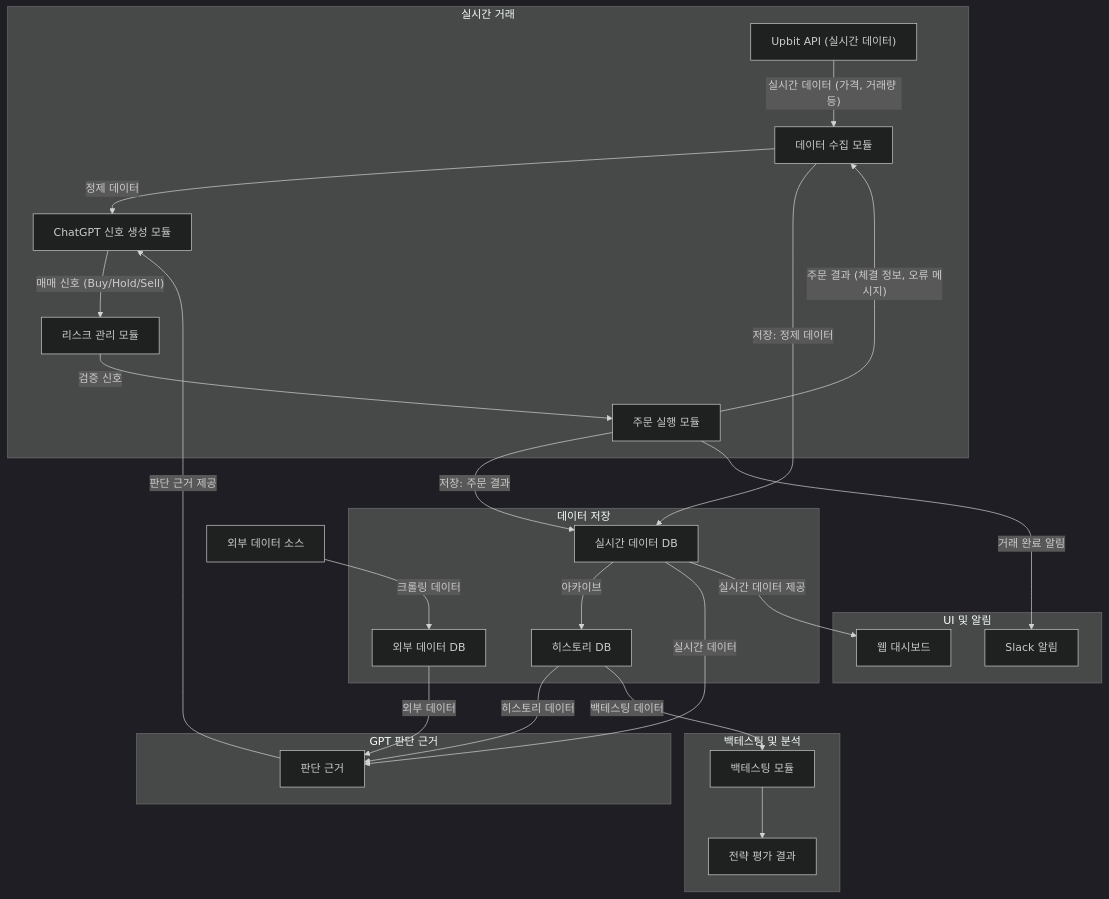
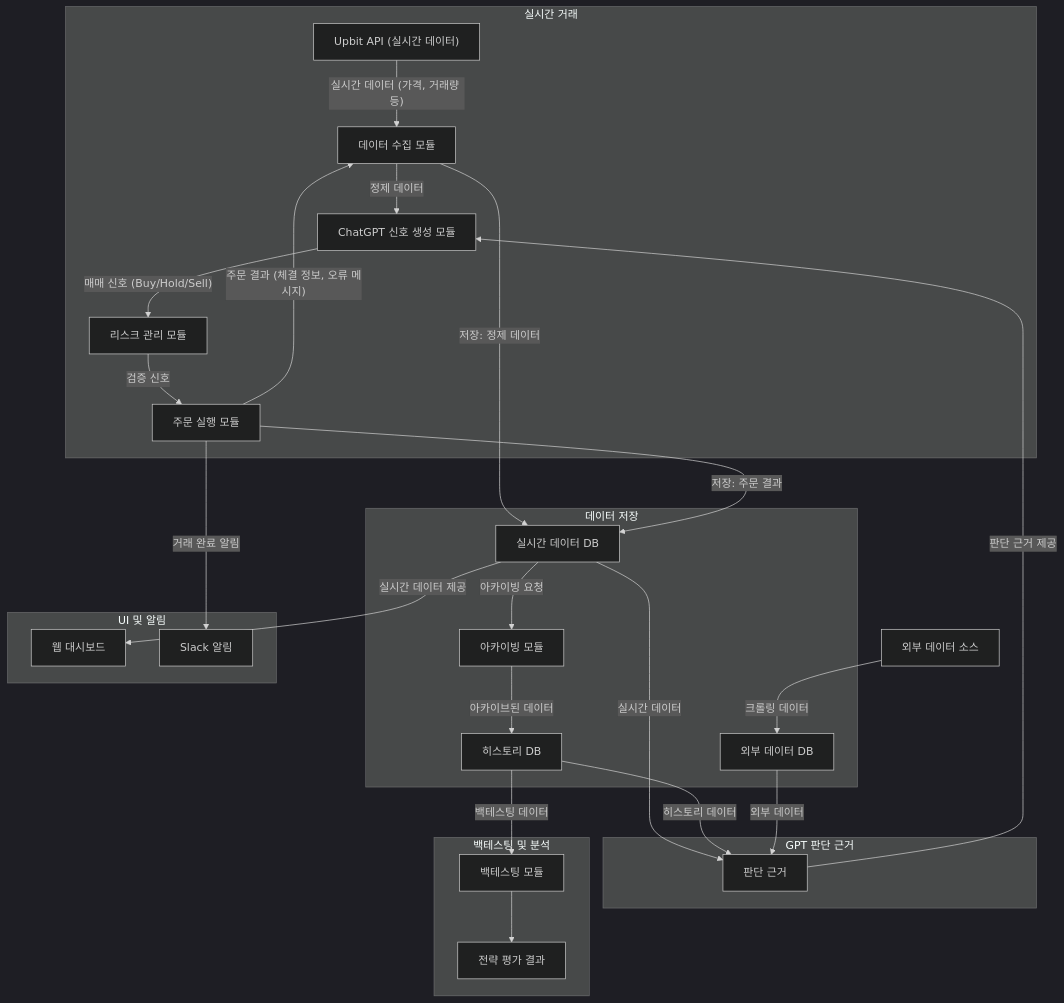
One commit to grayson1999/Bitcoin-Auto-Trading changed the first of 2 diagrams in docs/ARCHITECTURE.md. Above: the diagram before and after it, drawn with Mermaid (dark theme). The commit also changed other lines of this file and 4 other files, not shown here.

````diff
--- a/docs/ARCHITECTURE.md
+++ b/docs/ARCHITECTURE.md
@@ -2,65 +2,67 @@
 ```mermaid
 flowchart TD
     %% [실시간 거래 영역]
     subgraph "실시간 거래"
       A["Upbit API (실시간 데이터)"]
       B["데이터 수집 모듈"]
       C["ChatGPT 신호 생성 모듈"]
       E["리스크 관리 모듈"]
       D["주문 실행 모듈"]
     end
 
     %% [데이터 저장 영역]
     subgraph "데이터 저장"
       RT["실시간 데이터 DB"]
       HIST["히스토리 DB"]
       EXT["외부 데이터 DB"]
+      ARC["아카이빙 모듈"]
     end
 
     %% [GPT 판단 근거 영역]
     subgraph "GPT 판단 근거"
       GPT["판단 근거"]
     end
 
     %% [백테스팅 및 분석 영역]
     subgraph "백테스팅 및 분석"
       BT["백테스팅 모듈"]
       RES["전략 평가 결과"]
     end
 
     %% [UI 및 알림 영역]
     subgraph "UI 및 알림"
       WD["웹 대시보드"]
       SL["Slack 알림"]
     end
 
     %% 외부 데이터 소스
     X["외부 데이터 소스"]
 
     %% 연결 흐름: 실시간 거래
     A -->|"실시간 데이터 (가격, 거래량 등)"| B
     B -->|"정제 데이터"| C
     C -->|"매매 신호 (Buy/Hold/Sell)"| E
     E -->|"검증 신호"| D
     D -->|"주문 결과 (체결 정보, 오류 메시지)"| B
 
     %% 연결 흐름: 데이터 저장
     B -->|"저장: 정제 데이터"| RT
     D -->|"저장: 주문 결과"| RT
-    RT -->|"아카이브"| HIST
+    RT -->|"아카이빙 요청"| ARC
+    ARC -->|"아카이브된 데이터"| HIST
     X -->|"크롤링 데이터"| EXT
 
     %% 연결 흐름: GPT 판단 근거 활용
     RT -->|"실시간 데이터"| GPT
     HIST -->|"히스토리 데이터"| GPT
     EXT -->|"외부 데이터"| GPT
     GPT -->|"판단 근거 제공"| C
 
     %% 연결 흐름: 백테스팅 및 분석
     HIST -->|"백테스팅 데이터"| BT
     BT --> RES
 
     %% 연결 흐름: UI 및 알림
     RT -->|"실시간 데이터 제공"| WD
     D -->|"거래 완료 알림"| SL
 ```
````
